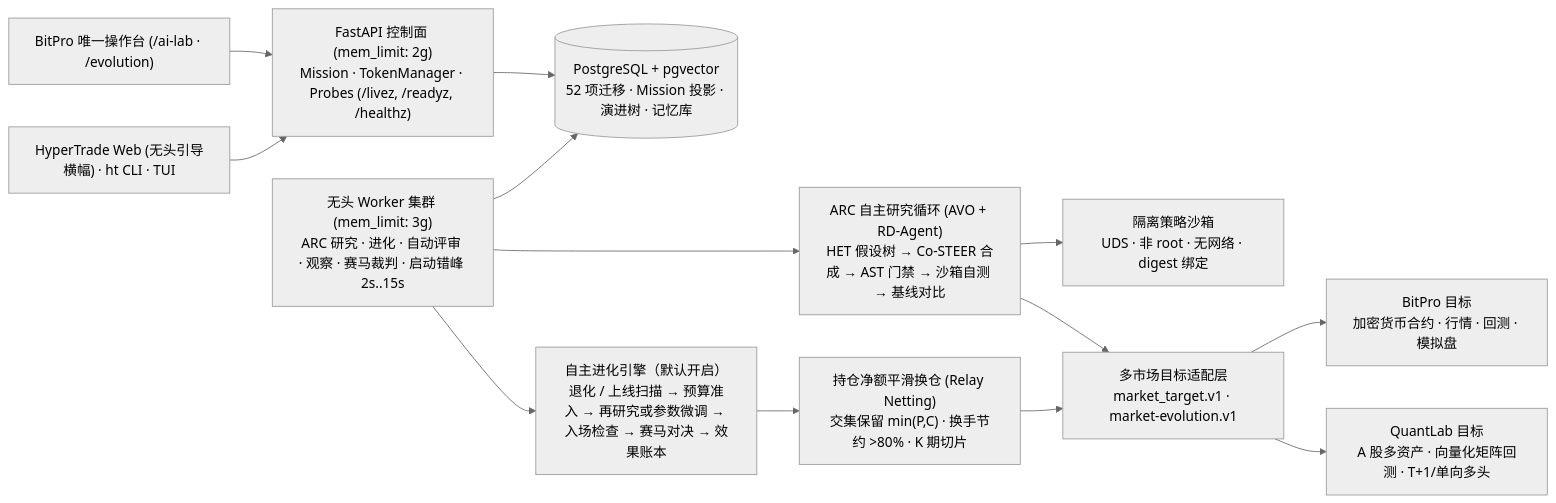
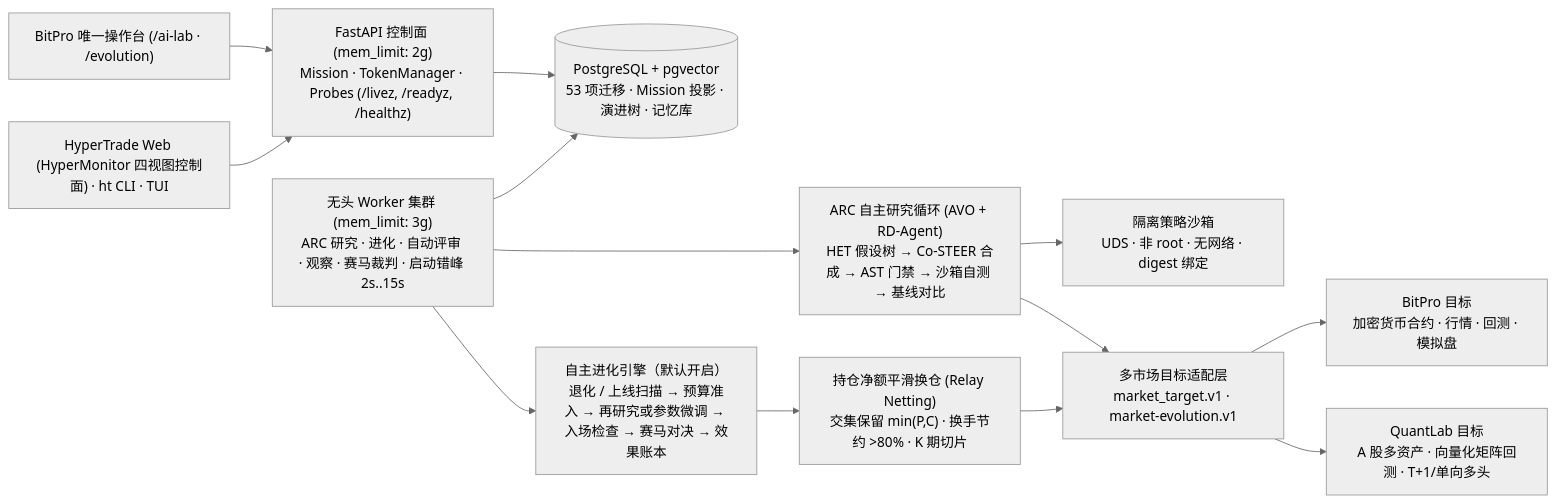
The first of 2 diagrams in README.zh-CN.md (Shadowell/HyperTrade), drawn with Mermaid (neutral theme) before and after one commit. The commit also changed other lines of this file and 7 other files, not shown here.

Commit message:
docs: synchronize HyperMonitor 4-tab workbench and control-plane APIs

````diff
--- a/README.zh-CN.md
+++ b/README.zh-CN.md
@@ -55,15 +55,15 @@
 ```mermaid
 flowchart LR
   BitProUI["BitPro 唯一操作台 (/ai-lab · /evolution)"] --> API["FastAPI 控制面 (mem_limit: 2g)<br/>Mission · TokenManager · Probes (/livez, /readyz, /healthz)"]
-  Op["HyperTrade Web (无头引导横幅) · ht CLI · TUI"] --> API
-  API --> DB[("PostgreSQL + pgvector<br/>52 项迁移 · Mission 投影 · 演进树 · 记忆库")]
+  Op["HyperTrade Web (HyperMonitor 四视图控制面) · ht CLI · TUI"] --> API
+  API --> DB[("PostgreSQL + pgvector<br/>53 项迁移 · Mission 投影 · 演进树 · 记忆库")]
   Worker["无头 Worker 集群 (mem_limit: 3g)<br/>ARC 研究 · 进化 · 自动评审 · 观察 · 赛马裁判 · 启动错峰 2s..15s"] --> DB
   Worker --> Research["ARC 自主研究循环 (AVO + RD-Agent)<br/>HET 假设树 → Co-STEER 合成 → AST 门禁 → 沙箱自测 → 基线对比"]
   Worker --> Evolution["自主进化引擎（默认开启）<br/>退化 / 上线扫描 → 预算准入 → 再研究或参数微调 → 入场检查 → 赛马对决 → 效果账本"]
   Research --> Sandbox["隔离策略沙箱<br/>UDS · 非 root · 无网络 · digest 绑定"]
   Research --> Targets["多市场目标适配层<br/>market_target.v1 · market-evolution.v1"]
   Evolution --> Relay["持仓净额平滑换仓 (Relay Netting)<br/>交集保留 min(P,C) · 换手节约 >80% · K 期切片"]
   Relay --> Targets
   Targets --> BitPro["BitPro 目标<br/>加密货币合约 · 行情 · 回测 · 模拟盘"]
   Targets --> QuantLab["QuantLab 目标<br/>A 股多资产 · 向量化矩阵回测 · T+1/单向多头"]
 ```
````
